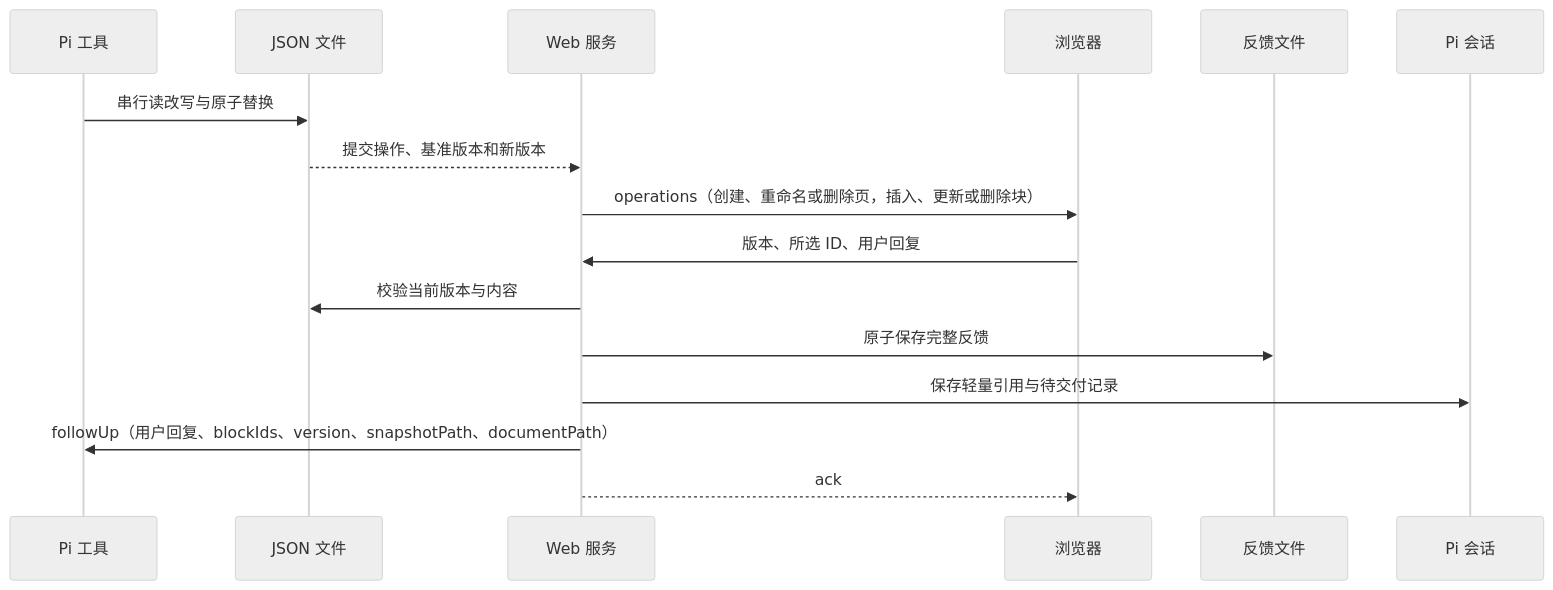
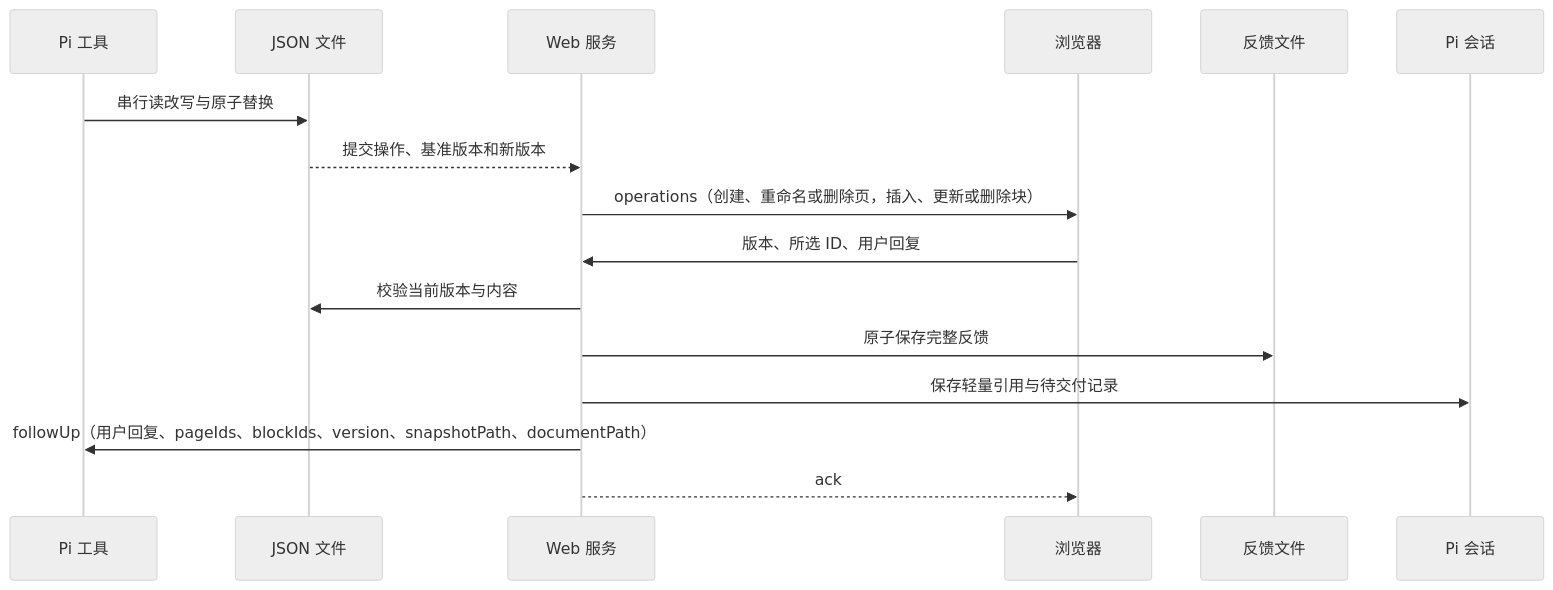
The second of 2 diagrams in extensions/canvas-note/docs/architecture.md (aqua2k1/pi-kits), drawn with Mermaid (neutral theme) before and after one commit. The commit also changed other lines of this file and 19 other files, not shown here.

````diff
--- a/extensions/canvas-note/docs/architecture.md
+++ b/extensions/canvas-note/docs/architecture.md
@@ -47,18 +47,18 @@
 ```mermaid
 sequenceDiagram
   participant Pi as Pi 工具
   participant JSON as JSON 文件
   participant Server as Web 服务
   participant Browser as 浏览器
   participant Feedback as 反馈文件
   participant Session as Pi 会话
   Pi->>JSON: 串行读改写与原子替换
   JSON-->>Server: 提交操作、基准版本和新版本
   Server->>Browser: operations（创建、重命名或删除页，插入、更新或删除块）
   Browser->>Server: 版本、所选 ID、用户回复
   Server->>JSON: 校验当前版本与内容
   Server->>Feedback: 原子保存完整反馈
   Server->>Session: 保存轻量引用与待交付记录
-  Server->>Pi: followUp（用户回复、blockIds、version、snapshotPath、documentPath）
+  Server->>Pi: followUp（用户回复、pageIds、blockIds、version、snapshotPath、documentPath）
   Server-->>Browser: ack
 ```
````
